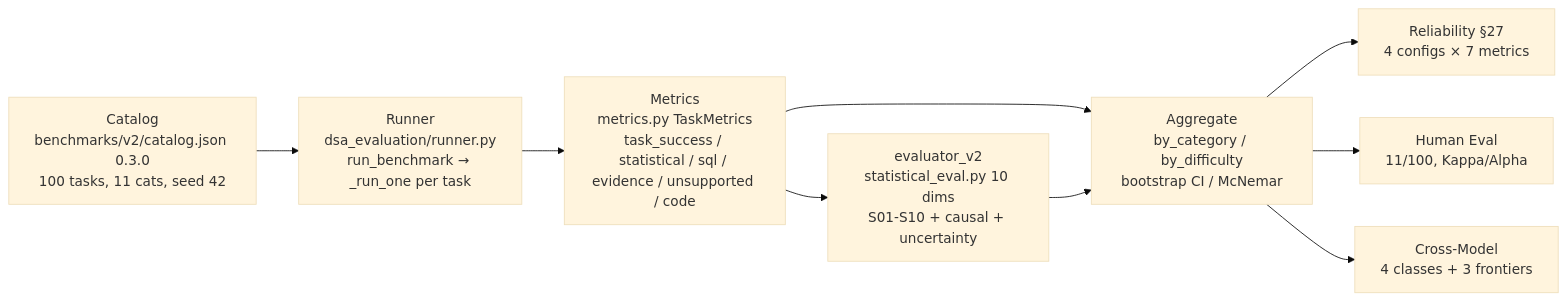
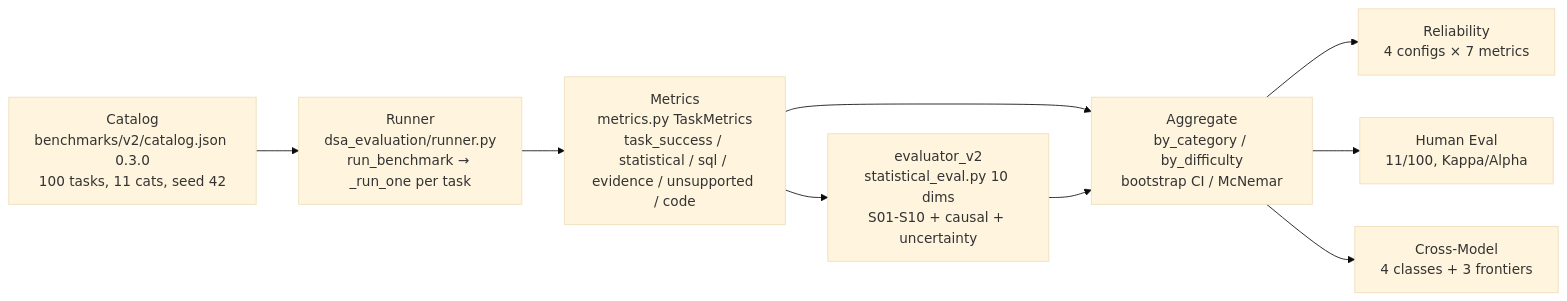
One commit to Jackxiaozhiren/data-science-agent changed the sixth of 7 diagrams in docs/architecture.md. Above: the diagram before and after it, drawn with Mermaid (base theme). The commit also changed other lines of this file and 10 other files, not shown here.

````diff
--- a/docs/architecture.md
+++ b/docs/architecture.md
@@ -134,14 +134,14 @@
 ```mermaid
 flowchart LR
     CAT[Catalog<br/>benchmarks/v2/catalog.json 0.3.0<br/>100 tasks, 11 cats, seed 42]
     RUN[Runner<br/>dsa_evaluation/runner.py<br/>run_benchmark → _run_one per task]
     MET[Metrics<br/>metrics.py TaskMetrics<br/>task_success / statistical / sql / evidence / unsupported / code]
     STAT[evaluator_v2<br/>statistical_eval.py 10 dims<br/>S01-S10 + causal + uncertainty]
     AGG[Aggregate<br/>by_category / by_difficulty<br/>bootstrap CI / McNemar]
-    REL[Reliability §27<br/>4 configs × 7 metrics]
+    REL[Reliability<br/>4 configs × 7 metrics]
     HUM[Human Eval<br/>11/100, Kappa/Alpha]
     CM[Cross-Model<br/>4 classes + 3 frontiers]
     CAT --> RUN --> MET --> AGG
     MET --> STAT --> AGG
     AGG --> REL & HUM & CM
 ```
````
